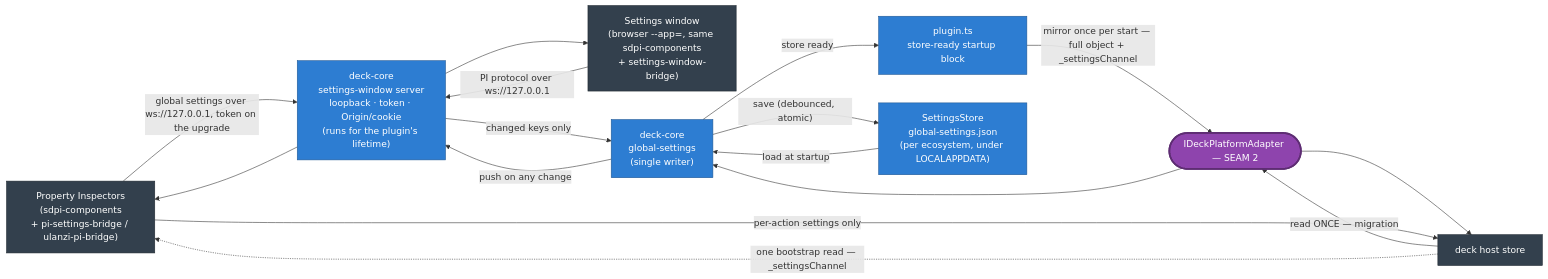
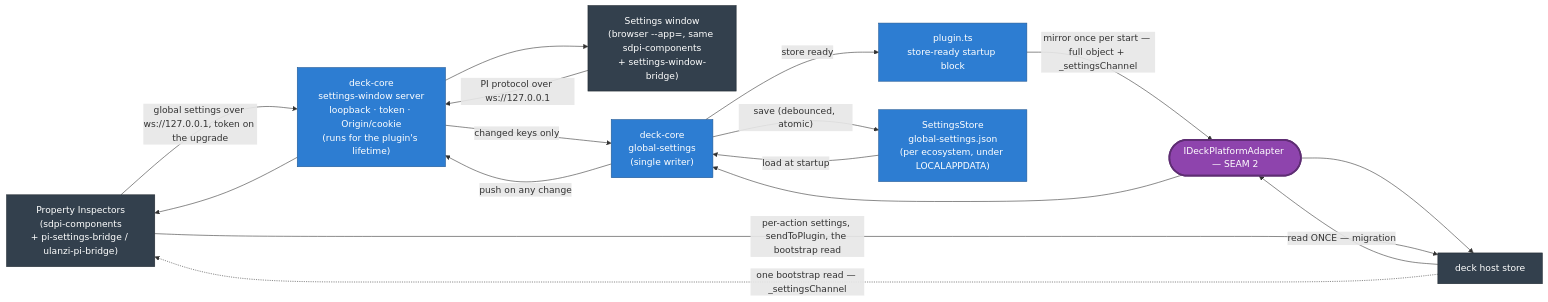
Before and after one commit to niklam/iracedeck: the fourth of 6 diagrams in packages/website/src/content/docs/docs/development/architecture.md, drawn with Mermaid. The commit also changed 2 other files, not shown here.

First paragraph of the commit message:
docs(settings): hedge the Ulanzi PI claim; router/rules/rollup-example accuracy (#993)
Final fix wave after the whole-branch review of the PI bridge (#993 phase
2):

````diff
--- a/packages/website/src/content/docs/docs/development/architecture.md
+++ b/packages/website/src/content/docs/docs/development/architecture.md
@@ -150,31 +150,31 @@
 ```mermaid
 flowchart LR
   pi["Property Inspectors<br/>(sdpi-components<br/>+ pi-settings-bridge / ulanzi-pi-bridge)"]:::ext
   win["Settings window<br/>(browser --app=, same sdpi-components<br/>+ settings-window-bridge)"]:::ext
   srv["deck-core<br/>settings-window server<br/>loopback · token · Origin/cookie<br/>(runs for the plugin's lifetime)"]:::core
   gs["deck-core<br/>global-settings<br/>(single writer)"]:::core
   boot["plugin.ts<br/>store-ready startup block"]:::core
   store["SettingsStore<br/>global-settings.json<br/>(per ecosystem, under LOCALAPPDATA)"]:::core
   core(["IDeckPlatformAdapter — SEAM 2"]):::seam
   host["deck host store"]:::ext
 
   win -->|"PI protocol over ws://127.0.0.1"| srv
   pi -->|"global settings over ws://127.0.0.1, token on the upgrade"| srv
   srv -->|"changed keys only"| gs
   gs -->|"save (debounced, atomic)"| store
   store -->|"load at startup"| gs
   gs -->|"push on any change"| srv
   srv --> win
   srv --> pi
   host -->|"read ONCE — migration"| core
   core --> gs
   gs -->|"store ready"| boot
   boot -->|"mirror once per start — full object + _settingsChannel"| core
   core --> host
   host -.->|"one bootstrap read — _settingsChannel"| pi
-  pi -->|"per-action settings only"| host
+  pi -->|"per-action settings, sendToPlugin, the bootstrap read"| host
 
   classDef ext fill:#33404d,color:#fff,stroke:#1d262e;
   classDef seam fill:#8e44ad,color:#fff,stroke:#5e2d73,stroke-width:3px;
   classDef core fill:#2d7dd2,color:#fff,stroke:#1f5793;
 ```
````
